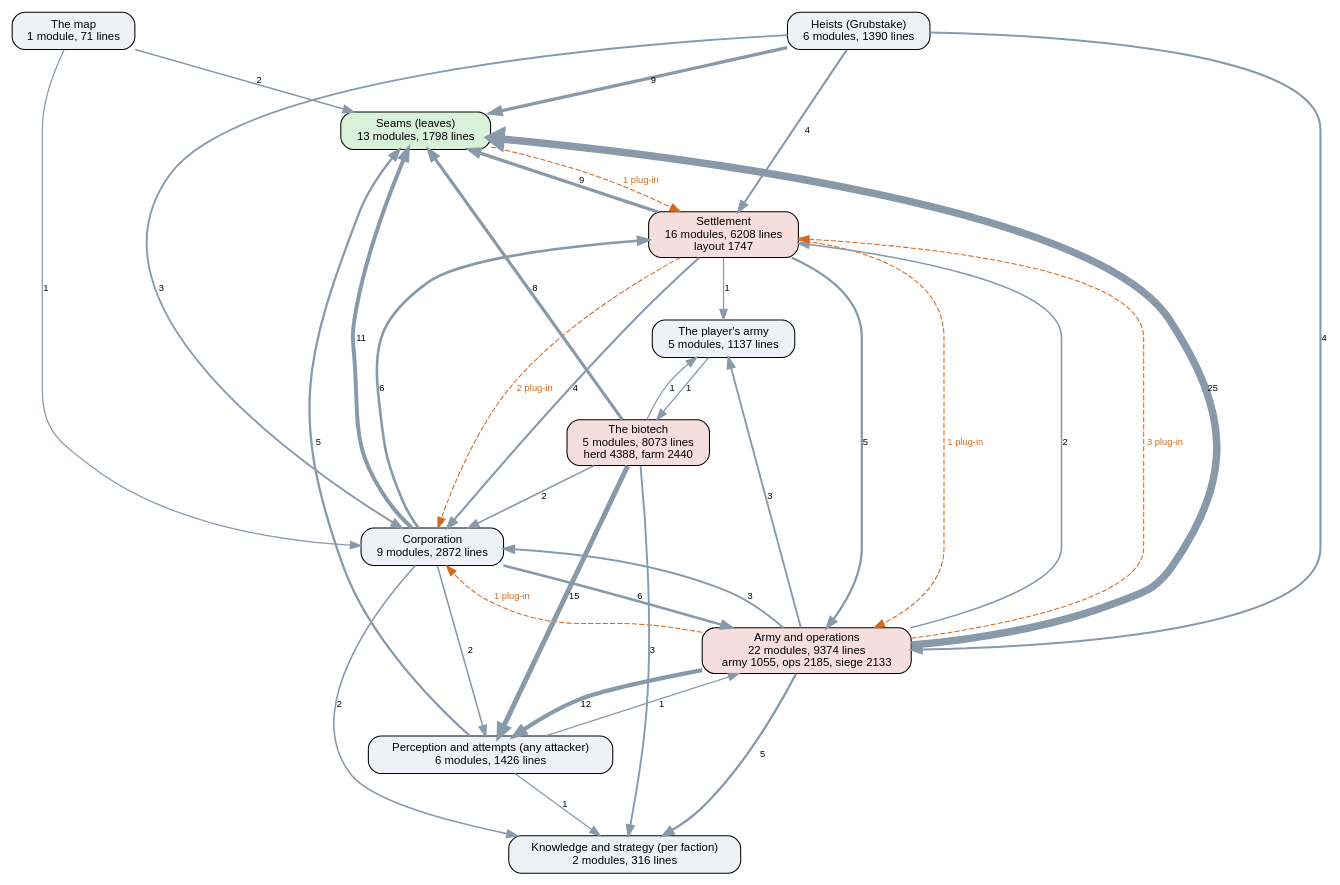
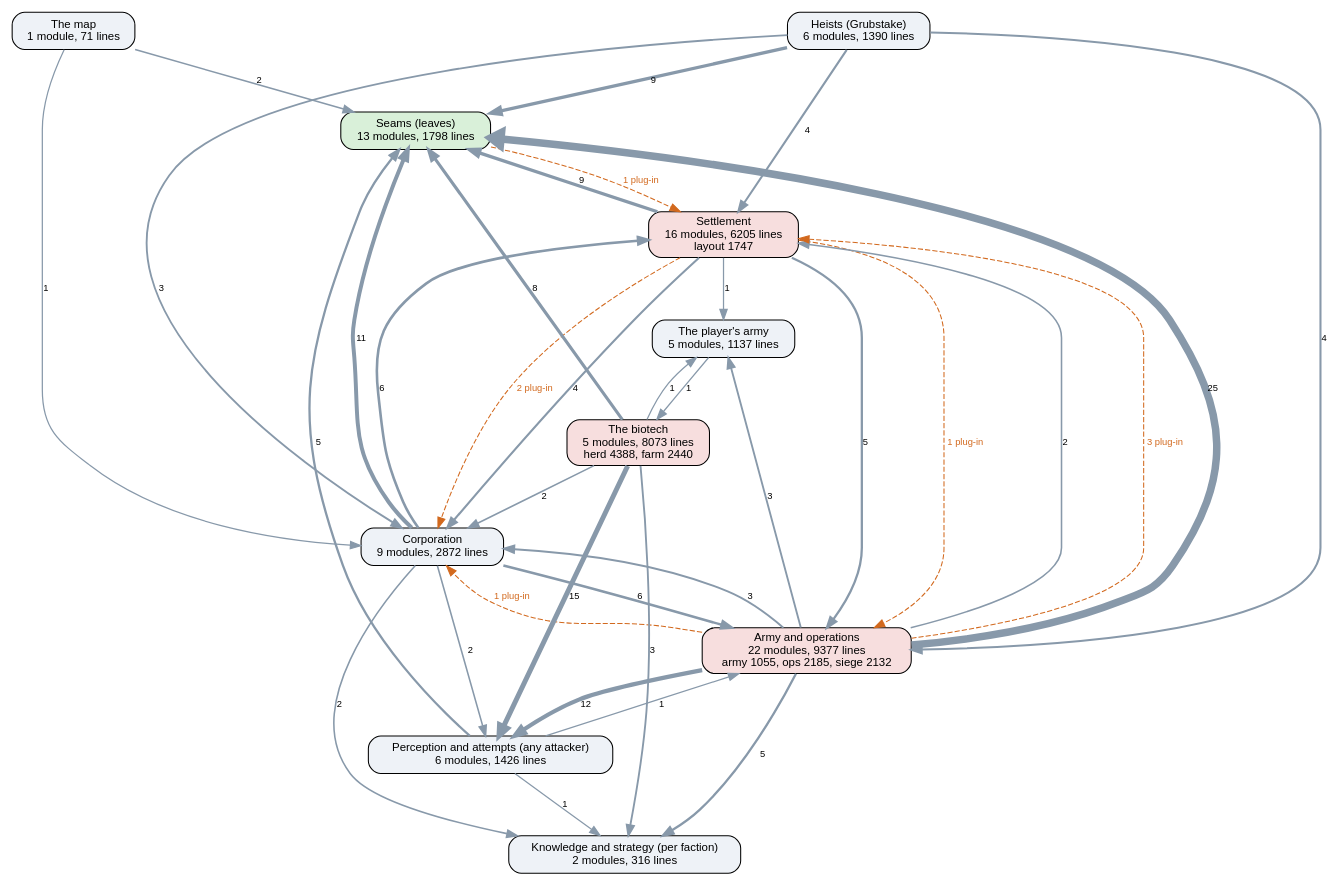
Before and after one commit to kinelhu/landing-party: the diagram in docs/ai-layers.dot, drawn with Graphviz. The commit also changed 14 other files, not shown here.

```diff
--- a/docs/ai-layers.dot
+++ b/docs/ai-layers.dot
@@ -1,50 +1,50 @@
 digraph layers {
   graph [rankdir=TB, fontname="Helvetica", nodesep=0.5, ranksep=0.7];
   node [shape=box, style="rounded,filled", fontname="Helvetica", fontsize=11, fillcolor="#eef2f7"];
   edge [color="#8899aa", fontname="Helvetica", fontsize=9];
   "Seams (leaves)" [label="Seams (leaves)\n13 modules, 1798 lines", fillcolor="#d9f0d9"];
   "Perception and attempts (any attacker)" [label="Perception and attempts (any attacker)\n6 modules, 1426 lines", fillcolor="#eef2f7"];
   "Knowledge and strategy (per faction)" [label="Knowledge and strategy (per faction)\n2 modules, 316 lines", fillcolor="#eef2f7"];
   "Corporation" [label="Corporation\n9 modules, 2872 lines", fillcolor="#eef2f7"];
-  "Settlement" [label="Settlement\n16 modules, 6208 lines\nlayout 1747", fillcolor="#f7dede"];
-  "Army and operations" [label="Army and operations\n22 modules, 9374 lines\narmy 1055, ops 2185, siege 2133", fillcolor="#f7dede"];
+  "Settlement" [label="Settlement\n16 modules, 6205 lines\nlayout 1747", fillcolor="#f7dede"];
+  "Army and operations" [label="Army and operations\n22 modules, 9377 lines\narmy 1055, ops 2185, siege 2132", fillcolor="#f7dede"];
   "Heists (Grubstake)" [label="Heists (Grubstake)\n6 modules, 1390 lines", fillcolor="#eef2f7"];
   "The biotech" [label="The biotech\n5 modules, 8073 lines\nherd 4388, farm 2440", fillcolor="#f7dede"];
   "The map" [label="The map\n1 module, 71 lines", fillcolor="#eef2f7"];
   "The player's army" [label="The player's army\n5 modules, 1137 lines", fillcolor="#eef2f7"];
   "Army and operations" -> "Corporation" [label="3", penwidth=1.8];
   "Army and operations" -> "Knowledge and strategy (per faction)" [label="5", penwidth=2.2];
   "Army and operations" -> "Perception and attempts (any attacker)" [label="12", penwidth=4.0];
   "Army and operations" -> "Seams (leaves)" [label="25", penwidth=7.2];
   "Army and operations" -> "Settlement" [label="2", penwidth=1.5];
   "Army and operations" -> "The player's army" [label="3", penwidth=1.8];
   "Corporation" -> "Army and operations" [label="6", penwidth=2.5];
   "Corporation" -> "Knowledge and strategy (per faction)" [label="2", penwidth=1.5];
   "Corporation" -> "Perception and attempts (any attacker)" [label="2", penwidth=1.5];
   "Corporation" -> "Seams (leaves)" [label="11", penwidth=3.8];
   "Corporation" -> "Settlement" [label="6", penwidth=2.5];
   "Heists (Grubstake)" -> "Army and operations" [label="4", penwidth=2.0];
   "Heists (Grubstake)" -> "Corporation" [label="3", penwidth=1.8];
   "Heists (Grubstake)" -> "Seams (leaves)" [label="9", penwidth=3.2];
   "Heists (Grubstake)" -> "Settlement" [label="4", penwidth=2.0];
   "Perception and attempts (any attacker)" -> "Army and operations" [label="1", penwidth=1.2];
   "Perception and attempts (any attacker)" -> "Knowledge and strategy (per faction)" [label="1", penwidth=1.2];
   "Perception and attempts (any attacker)" -> "Seams (leaves)" [label="5", penwidth=2.2];
   "Settlement" -> "Army and operations" [label="5", penwidth=2.2];
   "Settlement" -> "Corporation" [label="4", penwidth=2.0];
   "Settlement" -> "Seams (leaves)" [label="9", penwidth=3.2];
   "Settlement" -> "The player's army" [label="1", penwidth=1.2];
   "The biotech" -> "Corporation" [label="2", penwidth=1.5];
   "The biotech" -> "Knowledge and strategy (per faction)" [label="3", penwidth=1.8];
   "The biotech" -> "Perception and attempts (any attacker)" [label="15", penwidth=4.8];
   "The biotech" -> "Seams (leaves)" [label="8", penwidth=3.0];
   "The biotech" -> "The player's army" [label="1", penwidth=1.2];
   "The map" -> "Corporation" [label="1", penwidth=1.2];
   "The map" -> "Seams (leaves)" [label="2", penwidth=1.5];
   "The player's army" -> "The biotech" [label="1", penwidth=1.2];
   "Army and operations" -> "Corporation" [style=dashed, color="#d2691e", fontcolor="#d2691e", label="1 plug-in"];
   "Army and operations" -> "Settlement" [style=dashed, color="#d2691e", fontcolor="#d2691e", label="3 plug-in"];
   "Seams (leaves)" -> "Settlement" [style=dashed, color="#d2691e", fontcolor="#d2691e", label="1 plug-in"];
   "Settlement" -> "Army and operations" [style=dashed, color="#d2691e", fontcolor="#d2691e", label="1 plug-in"];
   "Settlement" -> "Corporation" [style=dashed, color="#d2691e", fontcolor="#d2691e", label="2 plug-in"];
 }
```
